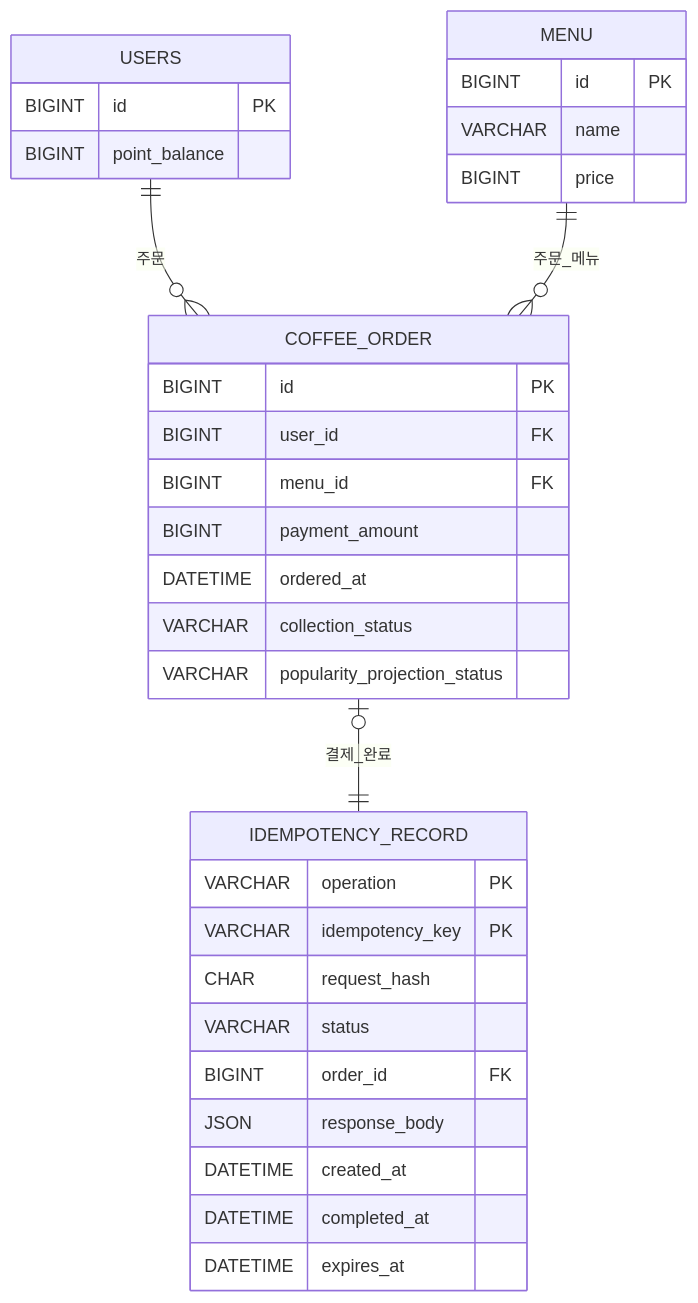
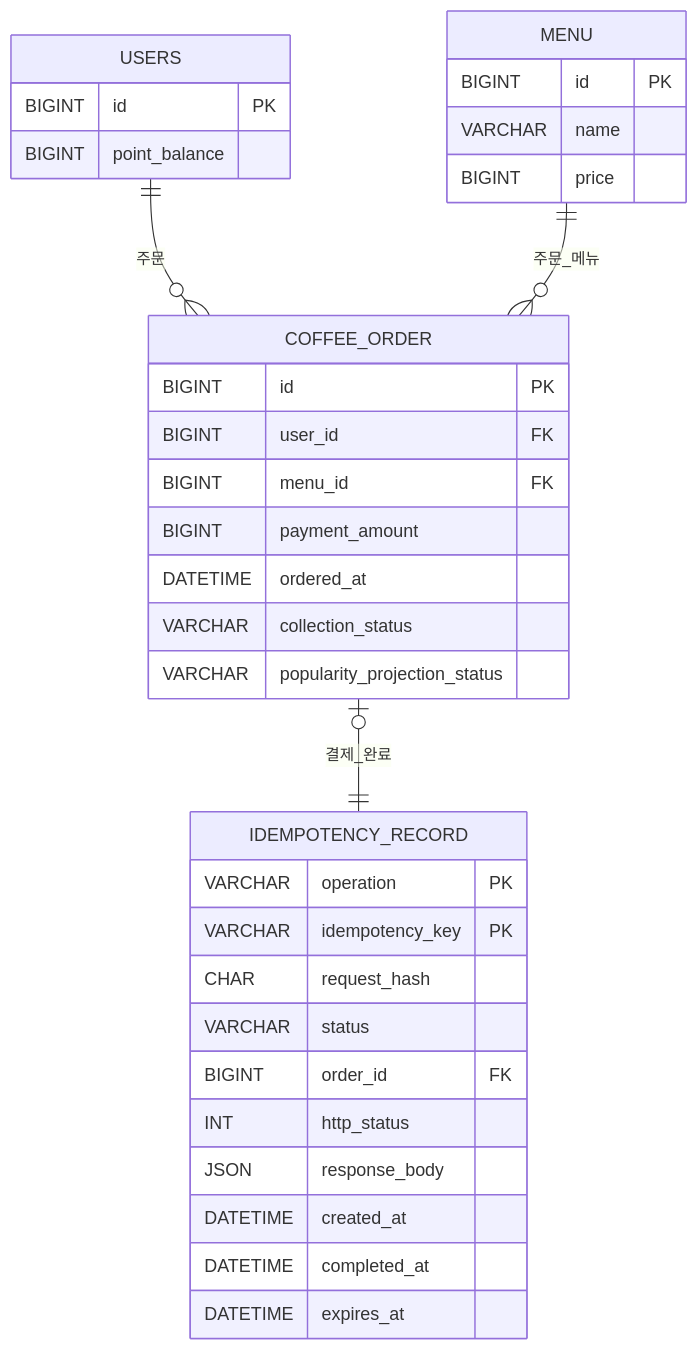
One commit to Astro-Luminoso/nbc-coffee-order-system changed the diagram in docs/ko/ERD.md. Above: the diagram before and after it, drawn with Mermaid. The commit also changed other lines of this file and 4 other files, not shown here.

First line of the commit message:
refactor(idempotency): align persistence record schema

````diff
--- a/docs/ko/ERD.md
+++ b/docs/ko/ERD.md
@@ -14,39 +14,40 @@
 ```mermaid
 erDiagram
     USERS {
         BIGINT id PK
         BIGINT point_balance
     }
 
     MENU {
         BIGINT id PK
         VARCHAR name
         BIGINT price
     }
 
     COFFEE_ORDER {
         BIGINT id PK
         BIGINT user_id FK
         BIGINT menu_id FK
         BIGINT payment_amount
         DATETIME ordered_at
         VARCHAR collection_status
         VARCHAR popularity_projection_status
     }
 
     IDEMPOTENCY_RECORD {
         VARCHAR operation PK
         VARCHAR idempotency_key PK
         CHAR request_hash
         VARCHAR status
         BIGINT order_id FK
+        INT http_status
         JSON response_body
         DATETIME created_at
         DATETIME completed_at
         DATETIME expires_at
     }
 
     USERS ||--o{ COFFEE_ORDER : 주문
     MENU ||--o{ COFFEE_ORDER : 주문_메뉴
     COFFEE_ORDER o|--|| IDEMPOTENCY_RECORD : 결제_완료
 ```
````
